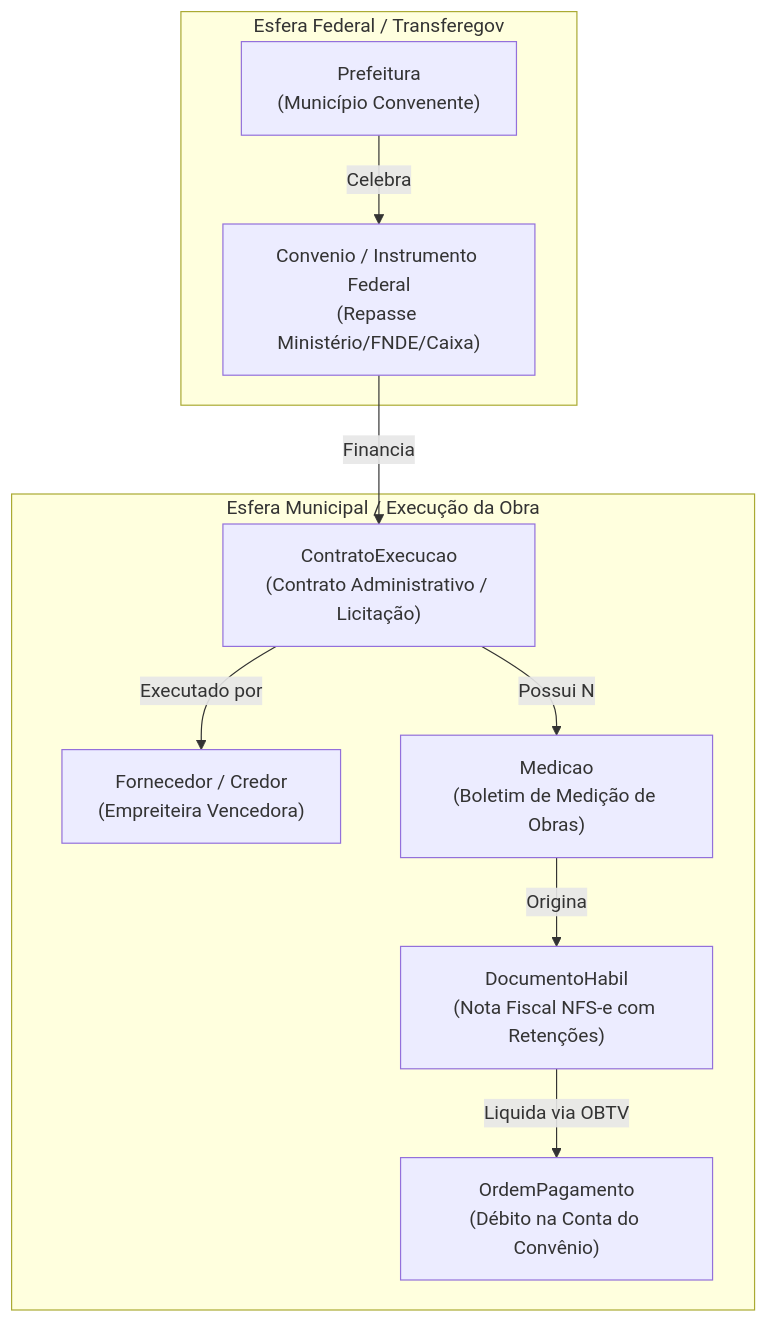
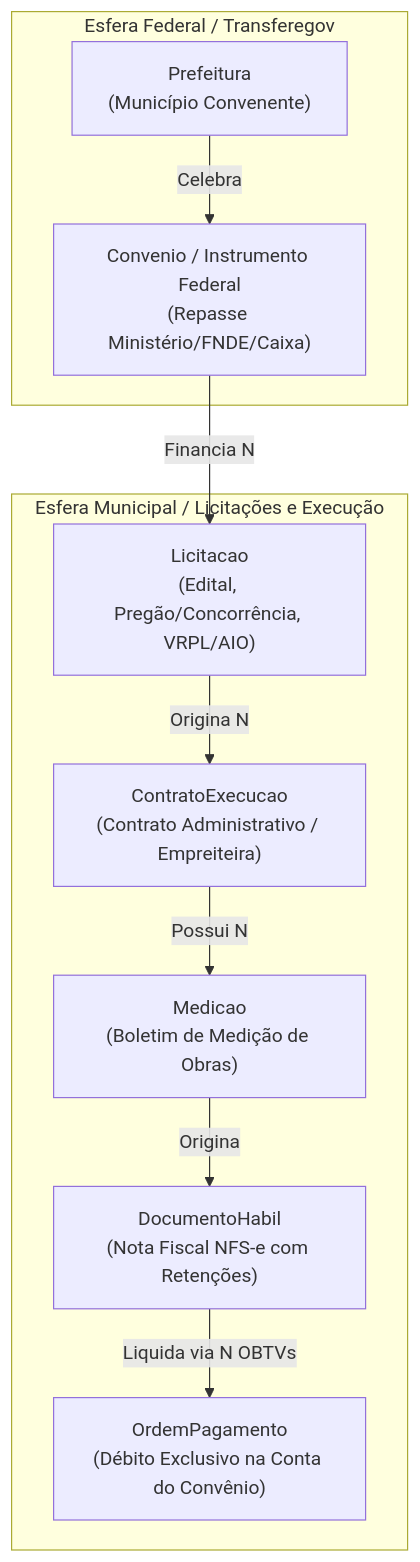
The first of 2 diagrams in docs/architecture/09_modelo_de_dominio_e_entidades.md (Gabrielc476/consultoria), drawn with Mermaid before and after one commit. The commit also changed other lines of this file and 31 other files, not shown here.

First line of the commit message:
feat(schema): Implement lifecycle migrations V1 to V13 and interactive SPA

````diff
--- a/docs/architecture/09_modelo_de_dominio_e_entidades.md
+++ b/docs/architecture/09_modelo_de_dominio_e_entidades.md
@@ -12,14 +12,14 @@
 ```mermaid
 flowchart TD
     subgraph Federal [Esfera Federal / Transferegov]
         P["Prefeitura\n(Município Convenente)"] -->|Celebra| C["Convenio / Instrumento Federal\n(Repasse Ministério/FNDE/Caixa)"]
     end
 
-    subgraph Municipal [Esfera Municipal / Execução da Obra]
-        C -->|Financia| CE["ContratoExecucao\n(Contrato Administrativo / Licitação)"]
-        CE -->|Executado por| FORN["Fornecedor / Credor\n(Empreiteira Vencedora)"]
+    subgraph Municipal [Esfera Municipal / Licitações e Execução]
+        C -->|Financia N| L["Licitacao\n(Edital, Pregão/Concorrência, VRPL/AIO)"]
+        L -->|Origina N| CE["ContratoExecucao\n(Contrato Administrativo / Empreiteira)"]
         CE -->|Possui N| MED["Medicao\n(Boletim de Medição de Obras)"]
         MED -->|Origina| DH["DocumentoHabil\n(Nota Fiscal NFS-e com Retenções)"]
-        DH -->|Liquida via OBTV| OP["OrdemPagamento\n(Débito na Conta do Convênio)"]
+        DH -->|Liquida via N OBTVs| OP["OrdemPagamento\n(Débito Exclusivo na Conta do Convênio)"]
     end
 ```
````
